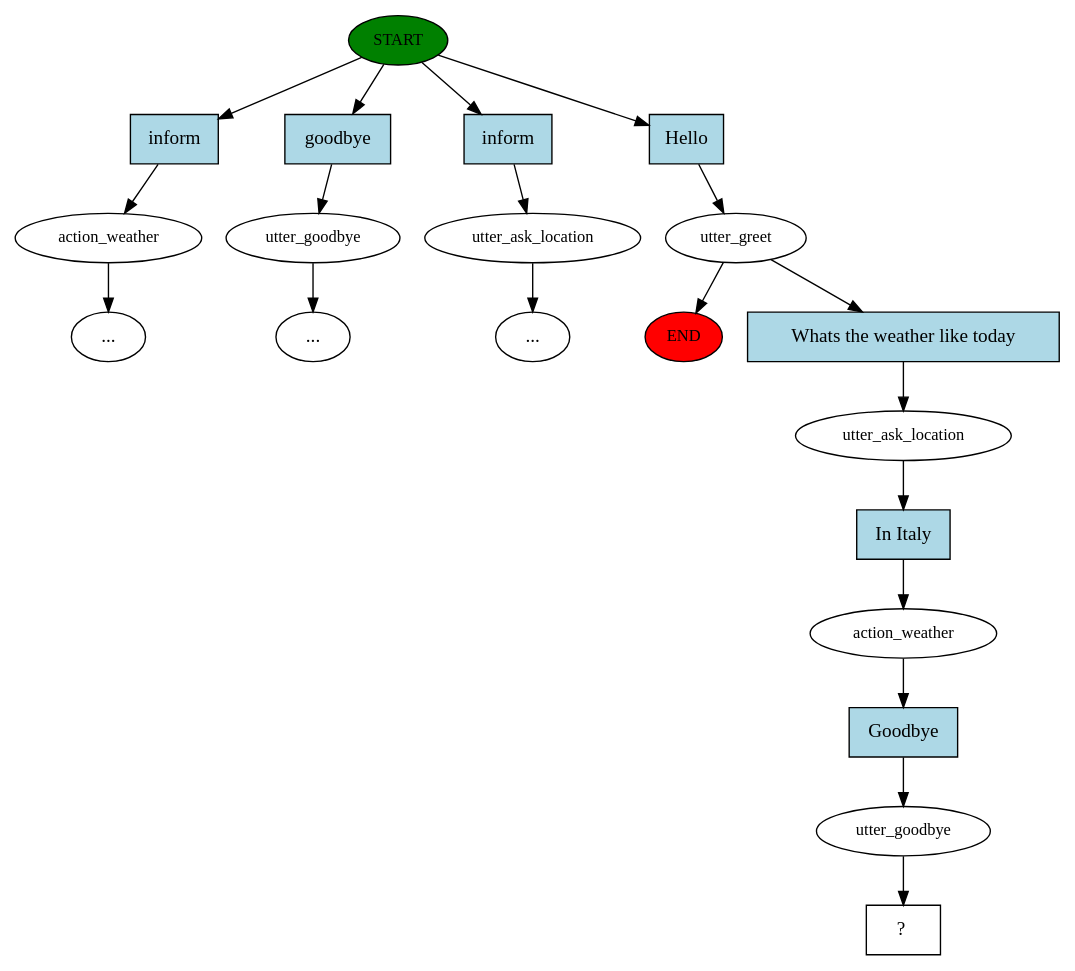
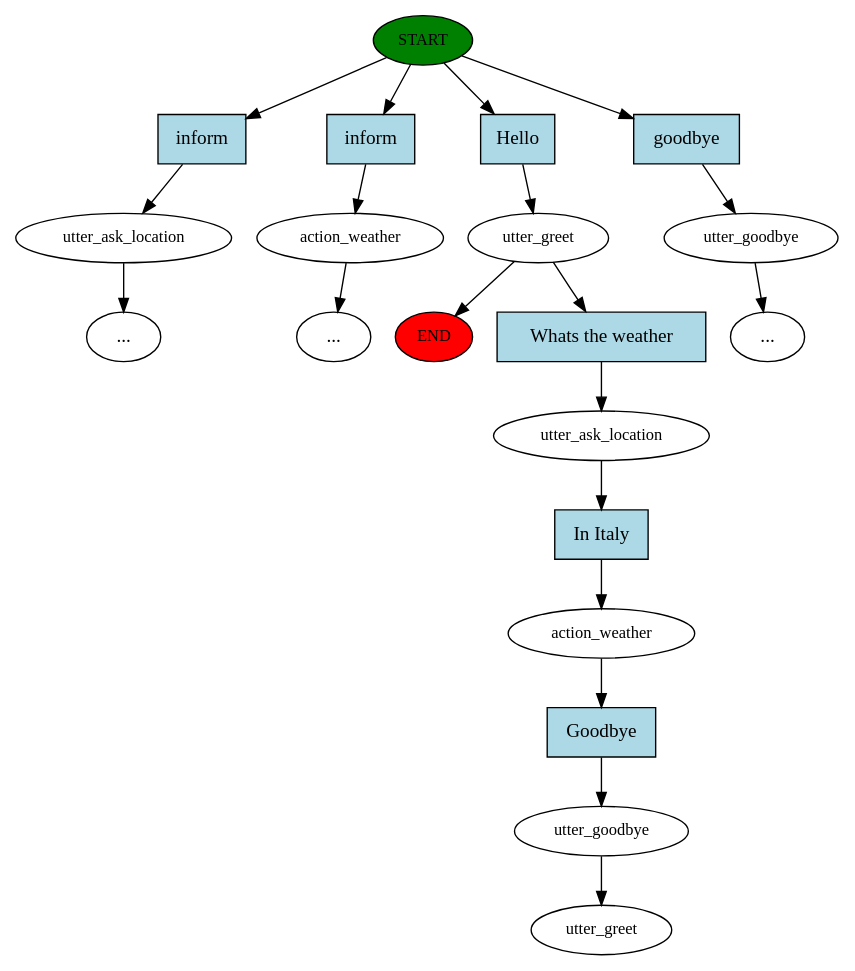
Before and after one commit to ChikkaUdayaSai/rasa_bot: the diagram in story_graph.dot, drawn with Graphviz. The commit also changed 11 other files, not shown here.

```diff
--- a/story_graph.dot
+++ b/story_graph.dot
@@ -1,41 +1,41 @@
 digraph  {
 0 [class="start active", fillcolor=green, fontsize=12, label=START, style=filled];
 "-1" [class=end, fillcolor=red, fontsize=12, label=END, style=filled];
-1 [class="", fontsize=12, label=action_weather];
+1 [class="", fontsize=12, label=utter_ask_location];
 "-3" [class=ellipsis, label="..."];
-2 [class="", fontsize=12, label=utter_goodbye];
+2 [class="", fontsize=12, label=action_weather];
 "-4" [class=ellipsis, label="..."];
-3 [class="", fontsize=12, label=utter_ask_location];
+3 [class=active, fontsize=12, label=utter_greet];
+4 [class="", fontsize=12, label=utter_goodbye];
 "-5" [class=ellipsis, label="..."];
-4 [class=active, fontsize=12, label=utter_greet];
 6 [class=active, fontsize=12, label=utter_ask_location];
 7 [class=active, fontsize=12, label=action_weather];
 8 [class=active, fontsize=12, label=utter_goodbye];
-9 [class="intent dashed active", label="  ?  ", shape=rect];
+9 [class="dashed active", fontsize=12, label=utter_greet];
 10 [class=intent, fillcolor=lightblue, label=inform, shape=rect, style=filled];
-11 [class=intent, fillcolor=lightblue, label=goodbye, shape=rect, style=filled];
-12 [class=intent, fillcolor=lightblue, label=inform, shape=rect, style=filled];
-13 [class="intent active", fillcolor=lightblue, label=Hello, shape=rect, style=filled];
-14 [class="intent active", fillcolor=lightblue, label="Whats the weather like today", shape=rect, style=filled];
+11 [class=intent, fillcolor=lightblue, label=inform, shape=rect, style=filled];
+12 [class="intent active", fillcolor=lightblue, label=Hello, shape=rect, style=filled];
+13 [class=intent, fillcolor=lightblue, label=goodbye, shape=rect, style=filled];
+14 [class="intent active", fillcolor=lightblue, label="Whats the weather", shape=rect, style=filled];
 15 [class="intent active", fillcolor=lightblue, label="In Italy", shape=rect, style=filled];
 16 [class="intent active", fillcolor=lightblue, label=Goodbye, shape=rect, style=filled];
 0 -> 10  [class="", key=0];
 0 -> 11  [class="", key=0];
-0 -> 12  [class="", key=0];
-0 -> 13  [class=active, key=0];
+0 -> 12  [class=active, key=0];
+0 -> 13  [class="", key=0];
 1 -> "-3"  [class="", key=NONE, label=""];
 2 -> "-4"  [class="", key=NONE, label=""];
-3 -> "-5"  [class="", key=NONE, label=""];
-4 -> "-1"  [class="", key=NONE, label=""];
-4 -> 14  [class=active, key=0];
+3 -> "-1"  [class="", key=NONE, label=""];
+3 -> 14  [class=active, key=0];
+4 -> "-5"  [class="", key=NONE, label=""];
 6 -> 15  [class=active, key=0];
 7 -> 16  [class=active, key=0];
 8 -> 9  [class=active, key=NONE, label=""];
 10 -> 1  [class="", key=0];
 11 -> 2  [class="", key=0];
-12 -> 3  [class="", key=0];
-13 -> 4  [class=active, key=0];
+12 -> 3  [class=active, key=0];
+13 -> 4  [class="", key=0];
 14 -> 6  [class=active, key=0];
 15 -> 7  [class=active, key=0];
 16 -> 8  [class=active, key=0];
 }
```
